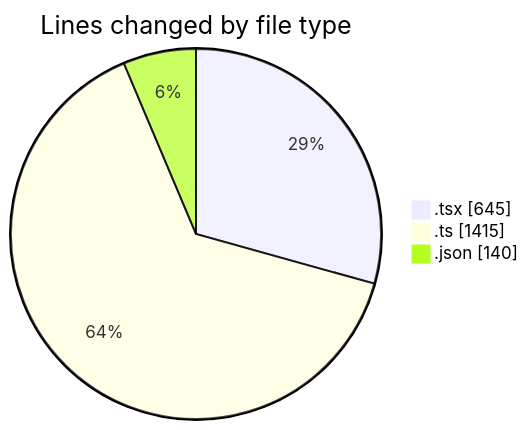
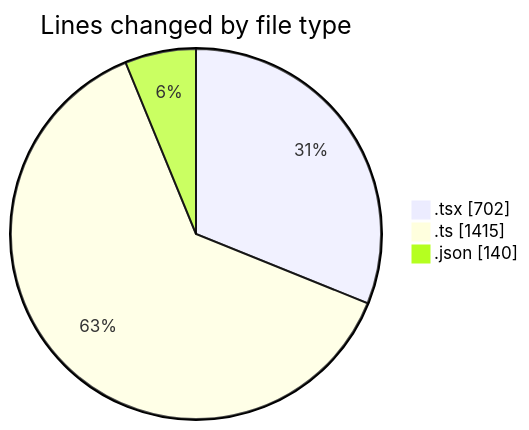
One commit to momahboobian/code-tracking changed the first of 2 diagrams in 2026-03-27/cda/README.md. Above: the diagram before and after it, drawn with Mermaid. The commit also changed other lines of this file and 1 other file, not shown here.

````diff
--- a/2026-03-27/cda/README.md
+++ b/2026-03-27/cda/README.md
@@ -30,7 +31,7 @@
 ```mermaid
 pie showData
 title Lines changed by file type
-".tsx" : 645
+".tsx" : 702
 ".ts" : 1415
 ".json" : 140
 ```
````
